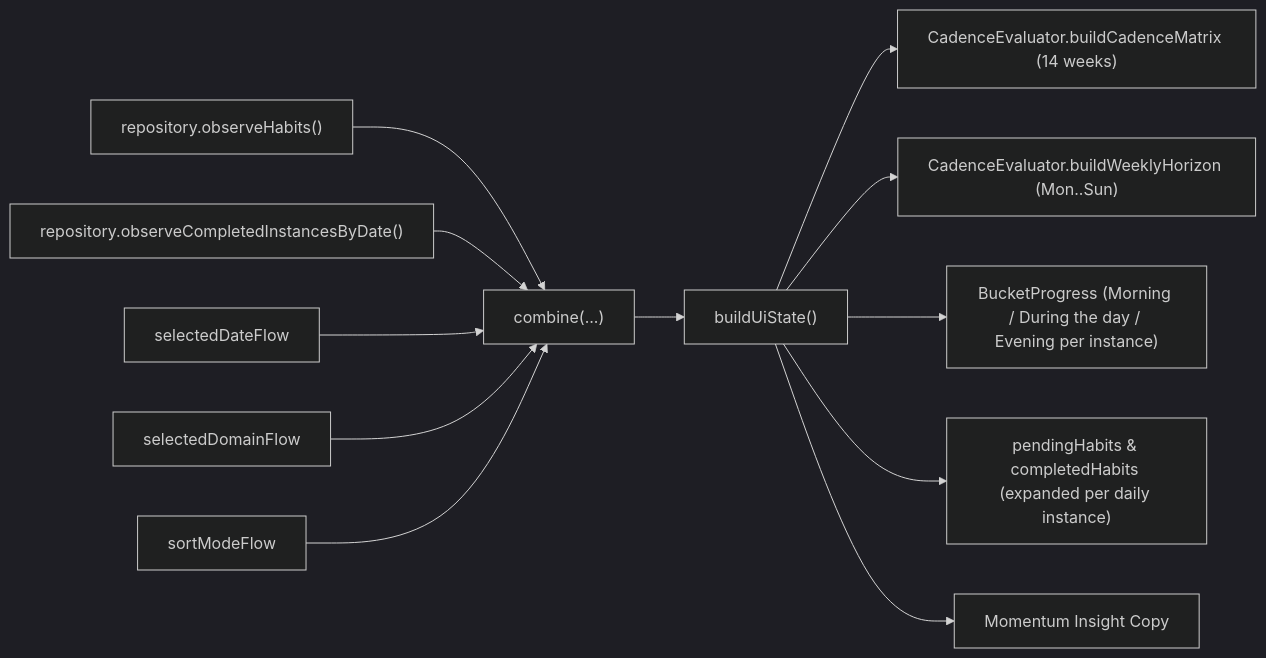
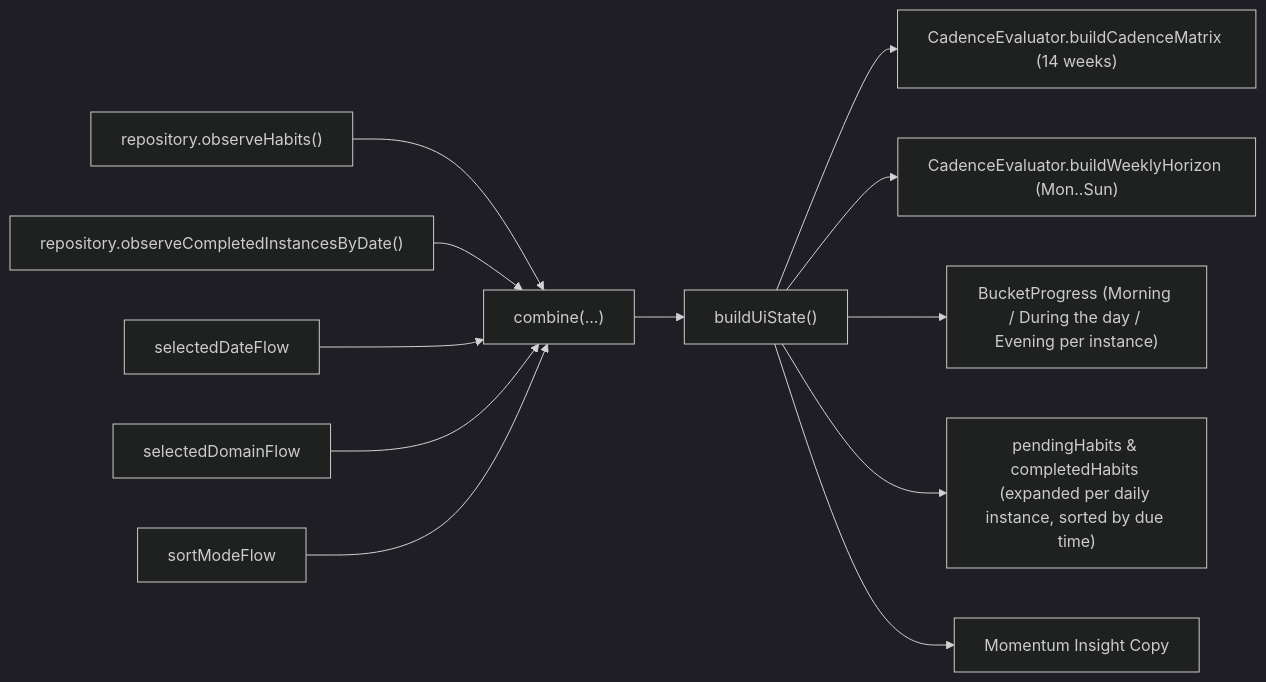
One commit to Vlad2000Andrei/rhythm changed the third of 6 diagrams in docs/architecture.md. Above: the diagram before and after it, drawn with Mermaid (dark theme). The commit also changed 6 other files, not shown here.

Commit message:
Sort dashboard by due time, move day-part bars, and add rainbow completion celebration

````diff
--- a/docs/architecture.md
+++ b/docs/architecture.md
@@ -128,15 +128,15 @@
 ```mermaid
 flowchart LR
     F1["repository.observeHabits()"] --> Combine["combine(...)"]
     F2["repository.observeCompletedInstancesByDate()"] --> Combine
     F3["selectedDateFlow"] --> Combine
     F4["selectedDomainFlow"] --> Combine
     F5["sortModeFlow"] --> Combine
 
     Combine --> Builder["buildUiState()"]
     Builder --> Matrix["CadenceEvaluator.buildCadenceMatrix (14 weeks)"]
     Builder --> Horizon["CadenceEvaluator.buildWeeklyHorizon (Mon..Sun)"]
     Builder --> Buckets["BucketProgress (Morning / During the day / Evening per instance)"]
-    Builder --> Lists["pendingHabits & completedHabits (expanded per daily instance)"]
+    Builder --> Lists["pendingHabits & completedHabits (expanded per daily instance, sorted by due time)"]
     Builder --> Momentum["Momentum Insight Copy"]
 ```
````
